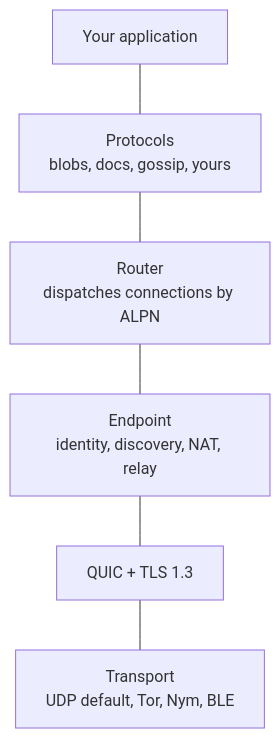
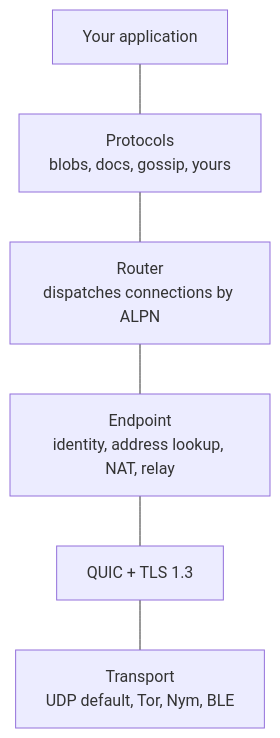
Before and after one commit to n0-computer/docs.iroh.computer: the diagram in what-is-iroh.mdx, drawn with Mermaid. The commit also changed other lines of this file and 15 other files, not shown here.

Commit message:
discovery -> address lookup

````diff
--- a/what-is-iroh.mdx
+++ b/what-is-iroh.mdx
@@ -39,15 +39,15 @@
 ```mermaid
 flowchart TB
     app["Your application"]
     protocols["Protocols<br/>blobs, docs, gossip, yours"]
     router["Router<br/>dispatches connections by ALPN"]
-    endpoint["Endpoint<br/>identity, discovery, NAT, relay"]
+    endpoint["Endpoint<br/>identity, address lookup, NAT, relay"]
     quic["QUIC + TLS 1.3"]
     transport["Transport<br/>UDP default, Tor, Nym, BLE"]
 
     app --- protocols
     protocols --- router
     router --- endpoint
     endpoint --- quic
     quic --- transport
 ```
````
